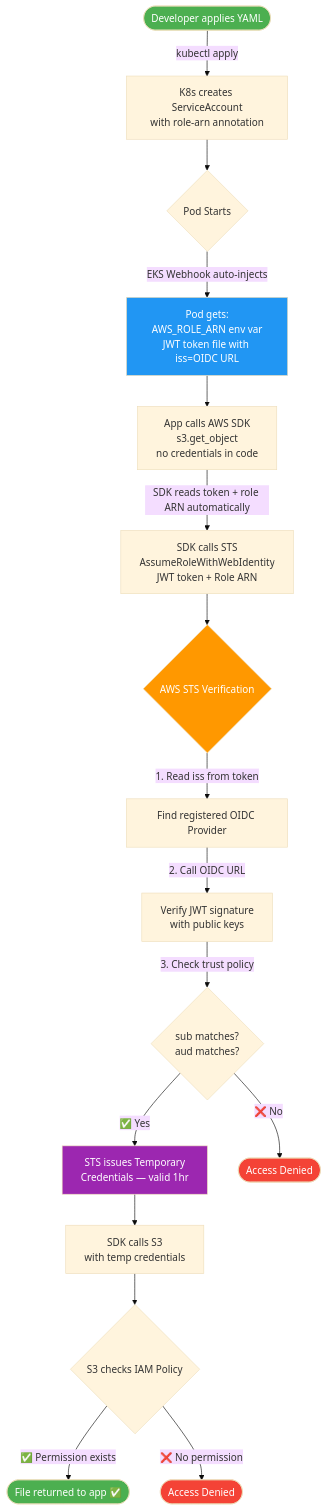
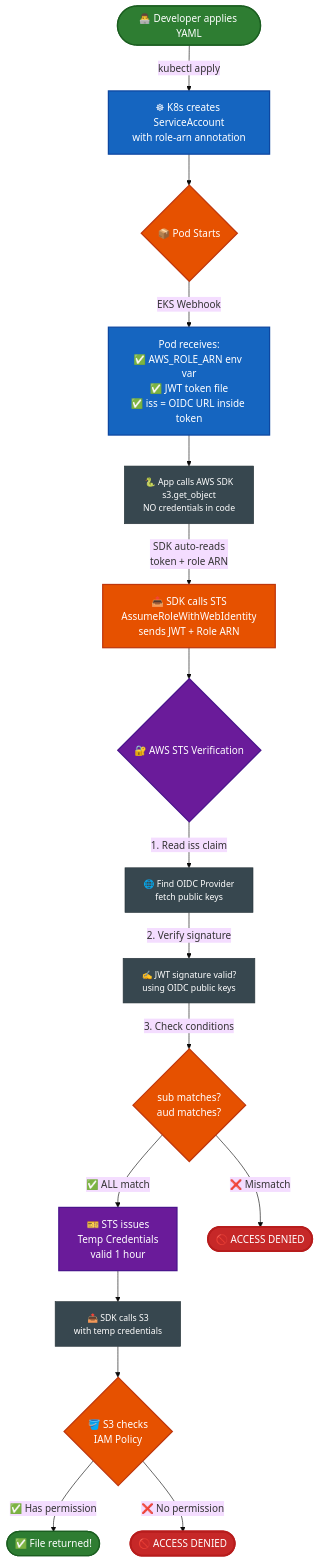
Before and after one commit to selvakumarperumal/EKS_k8s_custom_template_with_Terraform: the second of 3 diagrams in docs/Eks_oidc_complete_guide_with_qa.md, drawn with Mermaid (base theme). The commit also changed other lines of this file, not shown here.

Commit message:
eks oidc flow diagram changes

````diff
--- a/docs/Eks_oidc_complete_guide_with_qa.md
+++ b/docs/Eks_oidc_complete_guide_with_qa.md
@@ -700,26 +688,34 @@
 ```mermaid
 flowchart TD
-    A([Developer applies YAML]) -->|kubectl apply| B[K8s creates ServiceAccount\nwith role-arn annotation]
-    B --> C{Pod Starts}
-    C -->|EKS Webhook auto-injects| D[Pod gets:\nAWS_ROLE_ARN env var\nJWT token file with iss=OIDC URL]
-    D --> E[App calls AWS SDK\ns3.get_object\nno credentials in code]
-    E -->|SDK reads token + role ARN automatically| F[SDK calls STS\nAssumeRoleWithWebIdentity\nJWT token + Role ARN]
-    F --> G{AWS STS Verification}
-    G -->|1. Read iss from token| H[Find registered OIDC Provider]
-    H -->|2. Call OIDC URL| I[Verify JWT signature\nwith public keys]
-    I -->|3. Check trust policy| J{sub matches?\naud matches?}
-    J -->|✅ Yes| K[STS issues Temporary\nCredentials — valid 1hr]
-    J -->|❌ No| L([Access Denied])
-    K --> M[SDK calls S3\nwith temp credentials]
-    M --> N{S3 checks IAM Policy}
-    N -->|✅ Permission exists| O([File returned to app ✅])
-    N -->|❌ No permission| P([Access Denied])
+    A([👨‍💻 Developer applies YAML]):::green -->|kubectl apply| B[☸ K8s creates ServiceAccount<br/>with role-arn annotation]:::blue
 
-    style A fill:#4CAF50,color:#fff
-    style O fill:#4CAF50,color:#fff
-    style L fill:#f44336,color:#fff
-    style P fill:#f44336,color:#fff
-    style D fill:#2196F3,color:#fff
-    style K fill:#9C27B0,color:#fff
-    style G fill:#FF9800,color:#fff
+    B --> C{📦 Pod Starts}:::orange
+
+    C -->|EKS Webhook| D[Pod receives:<br/>✅ AWS_ROLE_ARN env var<br/>✅ JWT token file<br/>✅ iss = OIDC URL inside token]:::blue
+
+    D --> E[🐍 App calls AWS SDK<br/>s3.get_object<br/>NO credentials in code]:::default
+
+    E -->|SDK auto-reads<br/>token + role ARN| F[📤 SDK calls STS<br/>AssumeRoleWithWebIdentity<br/>sends JWT + Role ARN]:::orange
+
+    F --> G{🔐 AWS STS Verification}:::purple
+
+    G -->|1. Read iss claim| H[🌐 Find OIDC Provider<br/>fetch public keys]:::default
+    H -->|2. Verify signature| I[✍️ JWT signature valid?<br/>using OIDC public keys]:::default
+    I -->|3. Check conditions| J{sub matches?<br/>aud matches?}:::orange
+
+    J -->|✅ ALL match| K[🎫 STS issues<br/>Temp Credentials<br/>valid 1 hour]:::purple
+    J -->|❌ Mismatch| L([🚫 ACCESS DENIED]):::red
+
+    K --> M[📤 SDK calls S3<br/>with temp credentials]:::default
+    M --> N{🪣 S3 checks<br/>IAM Policy}:::orange
+
+    N -->|✅ Has permission| O([✅ File returned!]):::green
+    N -->|❌ No permission| P([🚫 ACCESS DENIED]):::red
+
+    classDef green fill:#2e7d32,color:#fff,stroke:#1b5e20,stroke-width:2px,font-size:16px
+    classDef blue fill:#1565c0,color:#fff,stroke:#0d47a1,stroke-width:2px,font-size:16px
+    classDef orange fill:#e65100,color:#fff,stroke:#bf360c,stroke-width:2px,font-size:16px
+    classDef purple fill:#6a1b9a,color:#fff,stroke:#4a148c,stroke-width:2px,font-size:16px
+    classDef red fill:#c62828,color:#fff,stroke:#b71c1c,stroke-width:3px,font-size:16px
+    classDef default fill:#37474f,color:#fff,stroke:#263238,stroke-width:1px,font-size:14px
 ```
````
